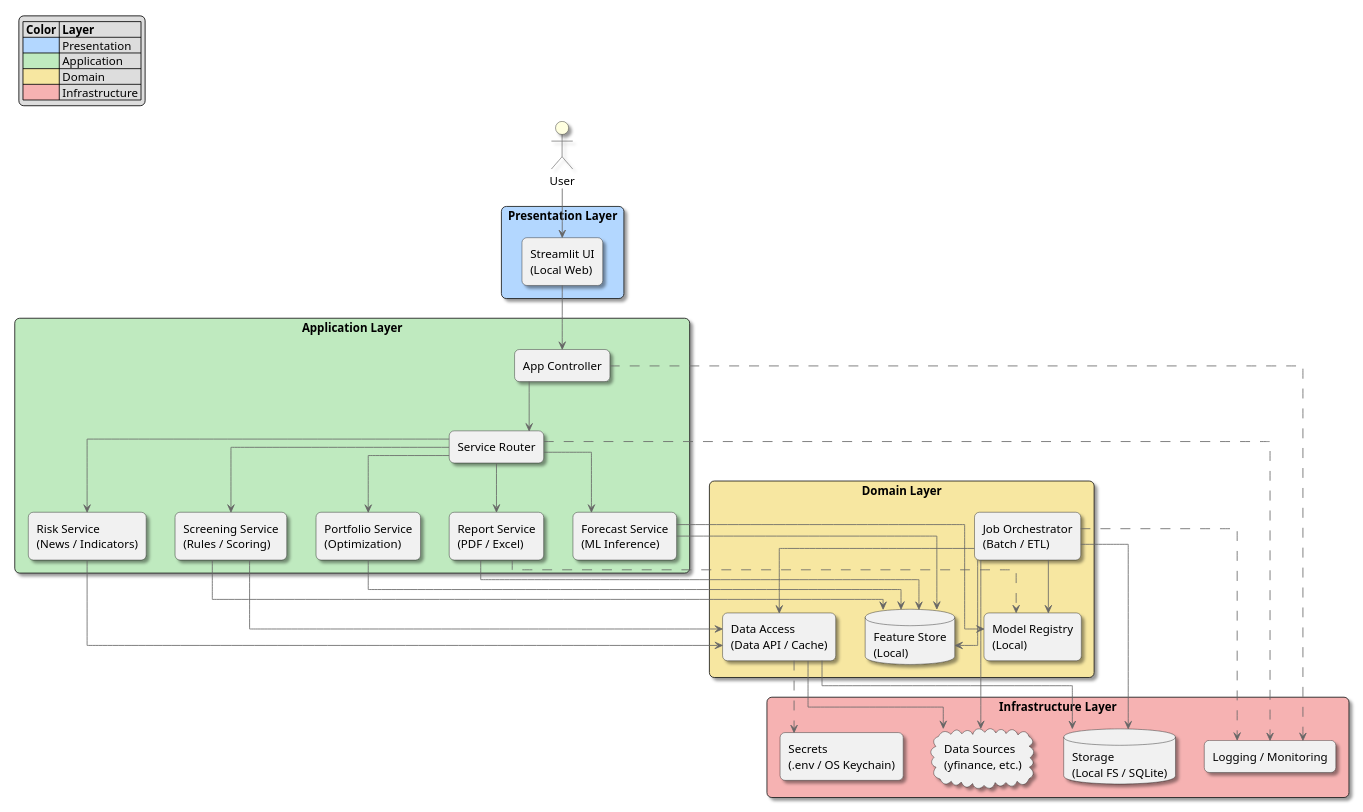
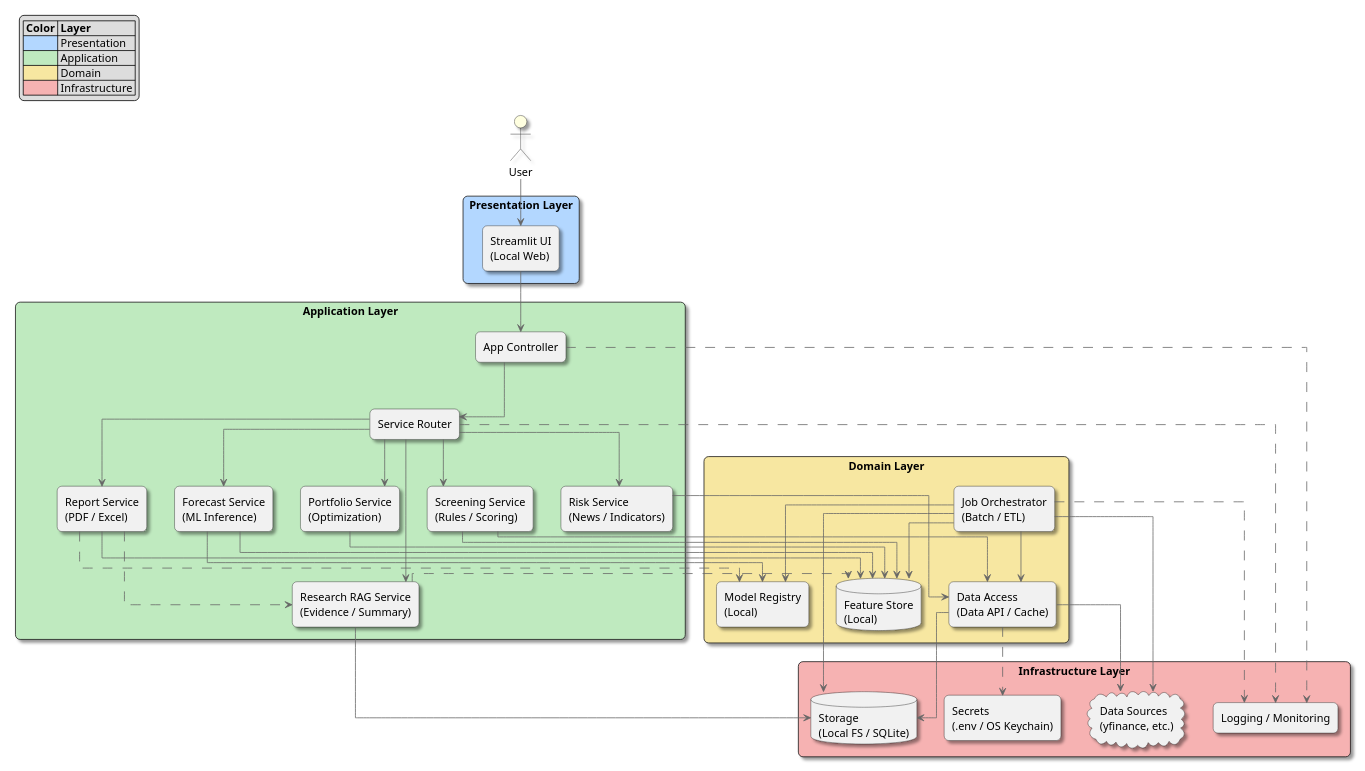
One commit to yuki-godzilla/Smart_Market_AI changed the first of 3 diagrams in Documents/02_System_design.md. Above: the diagram before and after it, drawn with PlantUML. The commit also changed other lines of this file and 13 other files, not shown here.

```diff
--- a/Documents/02_System_design.md
+++ b/Documents/02_System_design.md
@@ -90,6 +94,7 @@
   component "Portfolio Service\n(Optimization)" as SRV_PORT
   component "Risk Service\n(News / Indicators)" as SRV_RISK
   component "Report Service\n(PDF / Excel)" as SRV_REP
+  component "Research RAG Service\n(Evidence / Summary)" as SRV_RAG
 }
 
 package "Domain Layer" #F7E7A1 {
@@ -115,6 +120,7 @@
 ROUTER --> SRV_PORT
 ROUTER --> SRV_RISK
 ROUTER --> SRV_REP
+ROUTER --> SRV_RAG
 
 SRV_SCREEN --> DAO
 SRV_SCREEN --> FSTORE
@@ -124,6 +130,9 @@
 SRV_RISK   --> DAO
 SRV_REP    --> FSTORE
 SRV_REP ..> MREG
+SRV_RAG --> STOR
+SRV_RAG ..> FSTORE
+SRV_REP ..> SRV_RAG
 
 ORCH --> DSRC
 ORCH --> DAO
```
